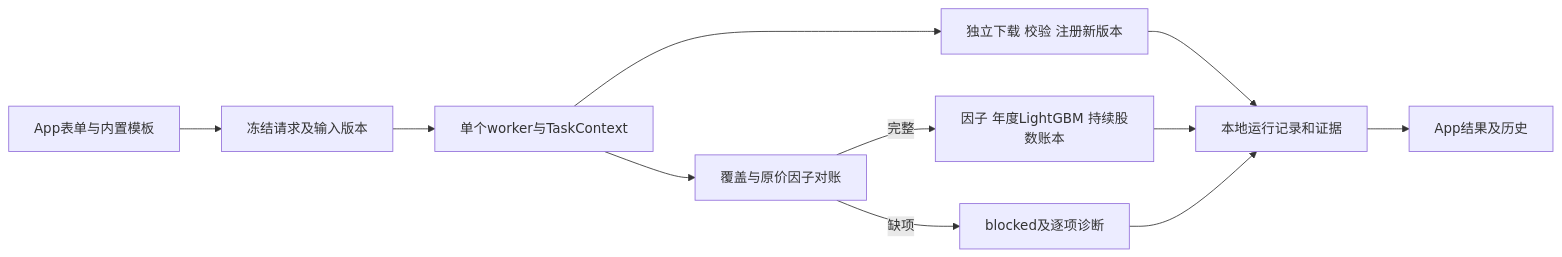
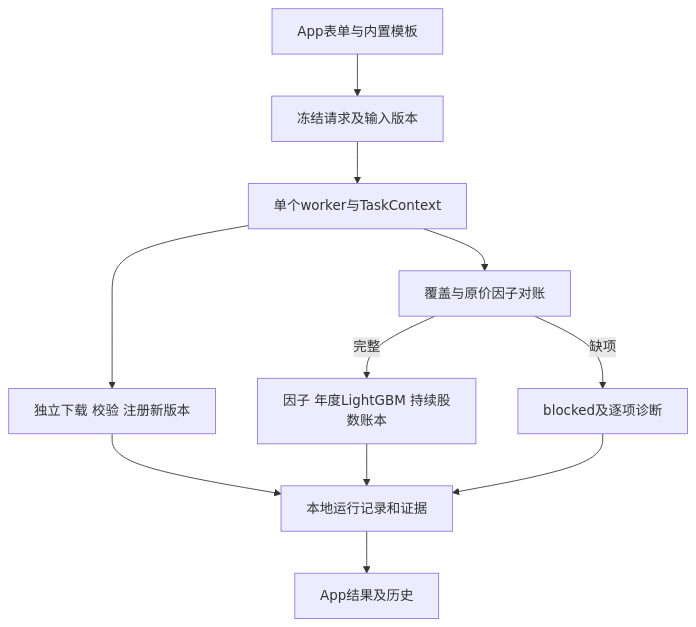
Before and after one commit to Dennishaha/JFQuant: the diagram in crates/workflow/README.md, drawn with Mermaid. The commit also changed other lines of this file and 25 other files, not shown here.

Commit message:
docs: document every crate directory with verified Mermaid flows

````diff
--- a/crates/workflow/README.md
+++ b/crates/workflow/README.md
@@ -40,13 +42,13 @@
 ```mermaid
-flowchart LR
+flowchart TD
   UI[App表单与内置模板] --> R[冻结请求及输入版本]
   R --> W[单个worker与TaskContext]
   W --> D[独立下载 校验 注册新版本]
   W --> A[覆盖与原价因子对账]
   A -->|完整| M[因子 年度LightGBM 持续股数账本]
   A -->|缺项| B[blocked及逐项诊断]
   D --> H[本地运行记录和证据]
   M --> H
   B --> H
   H --> V[App结果及历史]
 ```
````
